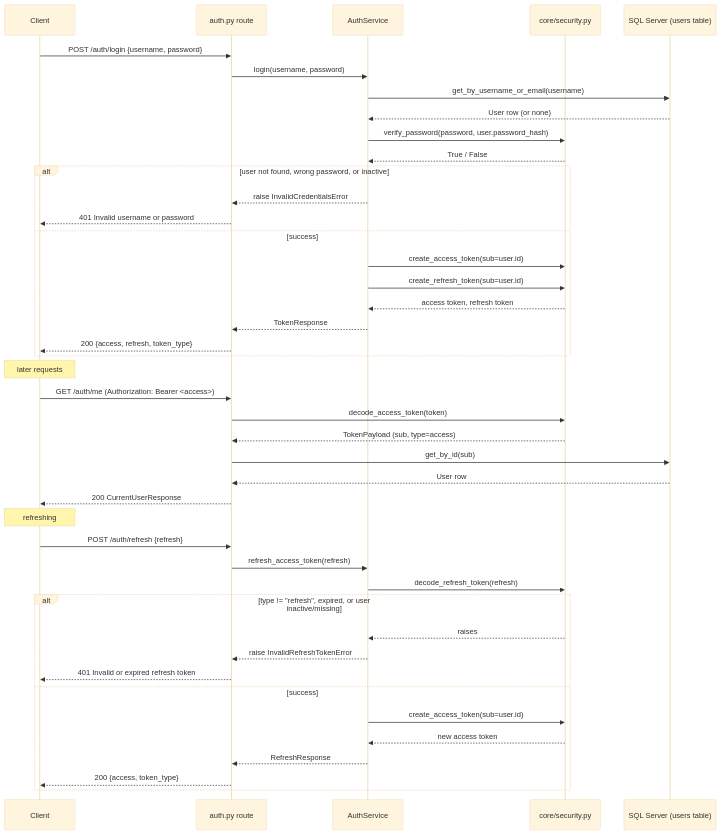
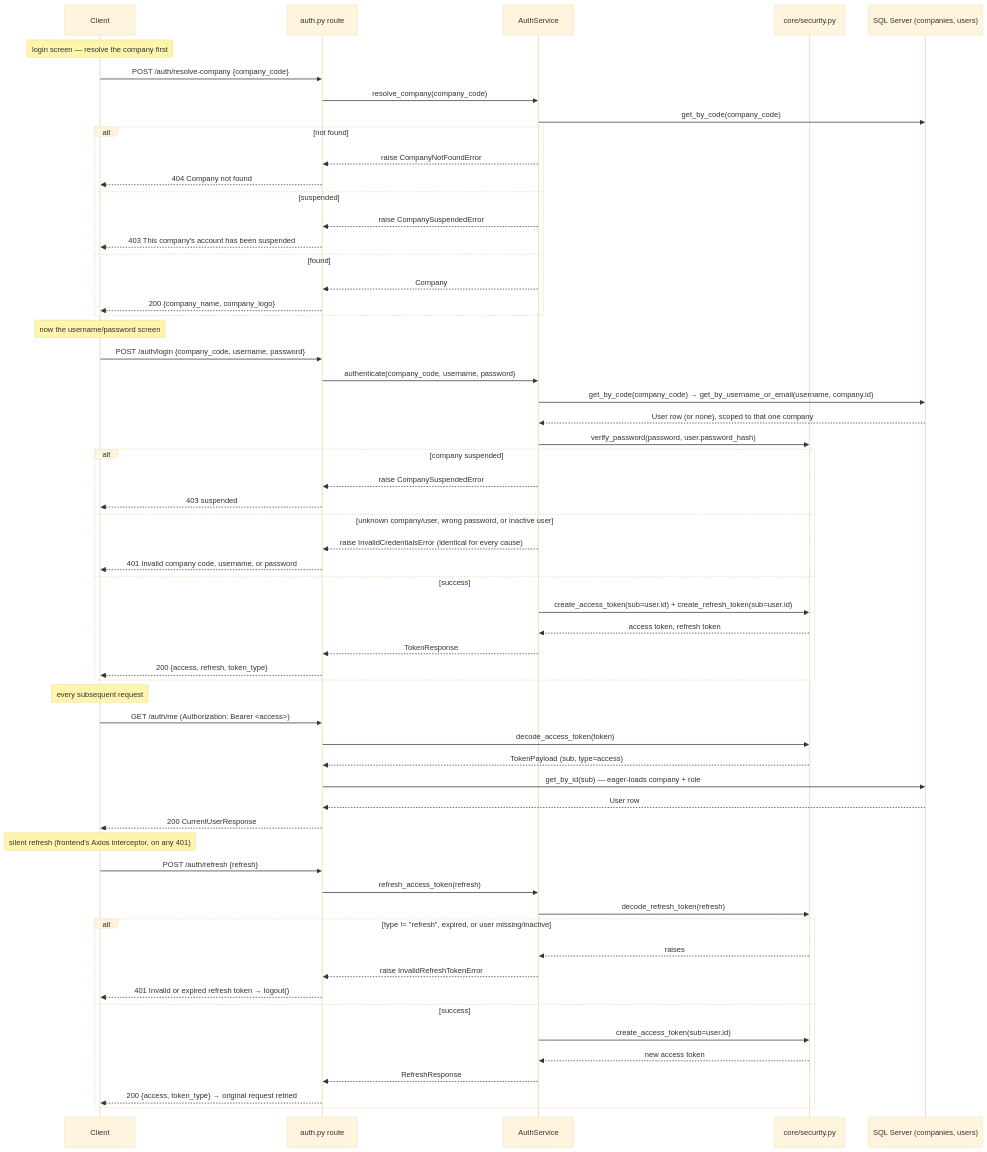
One commit to emmahr1998/ITOnIT changed the second of 10 diagrams in docs/BACKEND_DIAGRAMS.md. Above: the diagram before and after it, drawn with Mermaid (base theme). The commit also changed other lines of this file and 44 other files, not shown here.

````diff
--- a/docs/BACKEND_DIAGRAMS.md
+++ b/docs/BACKEND_DIAGRAMS.md
@@ -45,48 +60,65 @@
 ```mermaid
 sequenceDiagram
     participant C as Client
     participant R as auth.py route
     participant A as AuthService
     participant S as core/security.py
-    participant DB as SQL Server (users table)
+    participant DB as SQL Server (companies, users)
 
-    C->>R: POST /auth/login {username, password}
-    R->>A: login(username, password)
-    A->>DB: get_by_username_or_email(username)
-    DB-->>A: User row (or none)
+    Note over C: login screen — resolve the company first
+    C->>R: POST /auth/resolve-company {company_code}
+    R->>A: resolve_company(company_code)
+    A->>DB: get_by_code(company_code)
+    alt not found
+        A-->>R: raise CompanyNotFoundError
+        R-->>C: 404 Company not found
+    else suspended
+        A-->>R: raise CompanySuspendedError
+        R-->>C: 403 This company's account has been suspended
+    else found
+        A-->>R: Company
+        R-->>C: 200 {company_name, company_logo}
+    end
+
+    Note over C: now the username/password screen
+    C->>R: POST /auth/login {company_code, username, password}
+    R->>A: authenticate(company_code, username, password)
+    A->>DB: get_by_code(company_code) → get_by_username_or_email(username, company.id)
+    DB-->>A: User row (or none), scoped to that one company
     A->>S: verify_password(password, user.password_hash)
-    S-->>A: True / False
-    alt user not found, wrong password, or inactive
-        A-->>R: raise InvalidCredentialsError
-        R-->>C: 401 Invalid username or password
+    alt company suspended
+        A-->>R: raise CompanySuspendedError
+        R-->>C: 403 suspended
+    else unknown company/user, wrong password, or inactive user
+        A-->>R: raise InvalidCredentialsError (identical for every cause)
+        R-->>C: 401 Invalid company code, username, or password
     else success
-        A->>S: create_access_token(sub=user.id)
-        A->>S: create_refresh_token(sub=user.id)
+        A->>S: create_access_token(sub=user.id) + create_refresh_token(sub=user.id)
         S-->>A: access token, refresh token
         A-->>R: TokenResponse
         R-->>C: 200 {access, refresh, token_type}
     end
 
-    Note over C: later requests
+    Note over C: every subsequent request
     C->>R: GET /auth/me  (Authorization: Bearer <access>)
     R->>S: decode_access_token(token)
     S-->>R: TokenPayload (sub, type=access)
-    R->>DB: get_by_id(sub)
+    R->>DB: get_by_id(sub) — eager-loads company + role
     DB-->>R: User row
     R-->>C: 200 CurrentUserResponse
 
-    Note over C: refreshing
+    Note over C: silent refresh (frontend's Axios interceptor, on any 401)
     C->>R: POST /auth/refresh {refresh}
     R->>A: refresh_access_token(refresh)
     A->>S: decode_refresh_token(refresh)
-    alt type != "refresh", expired, or user inactive/missing
+    alt type != "refresh", expired, or user missing/inactive
         S-->>A: raises
         A-->>R: raise InvalidRefreshTokenError
-        R-->>C: 401 Invalid or expired refresh token
+        R-->>C: 401 Invalid or expired refresh token → logout()
     else success
         A->>S: create_access_token(sub=user.id)
         S-->>A: new access token
         A-->>R: RefreshResponse
-        R-->>C: 200 {access, token_type}
+        R-->>C: 200 {access, token_type} → original request retried
     end
 ```
````
